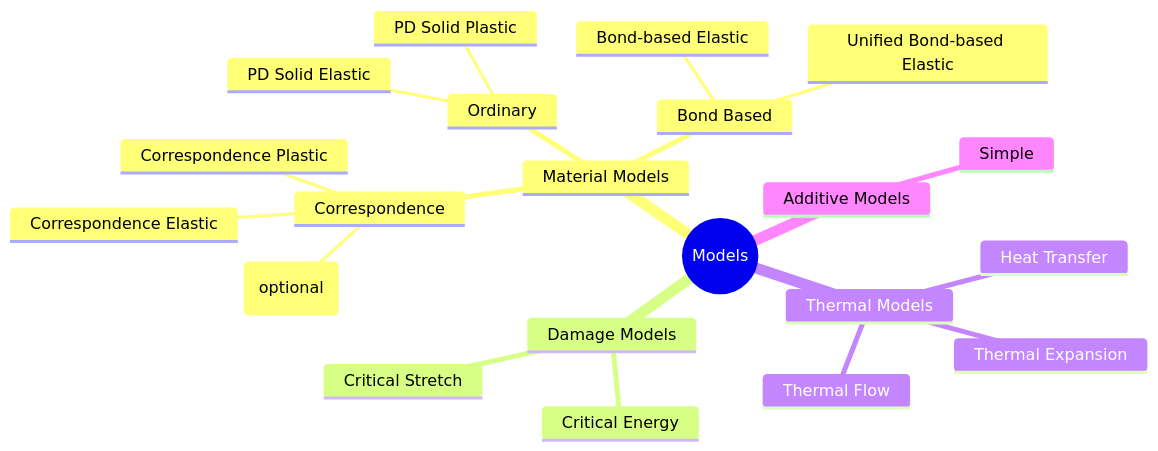
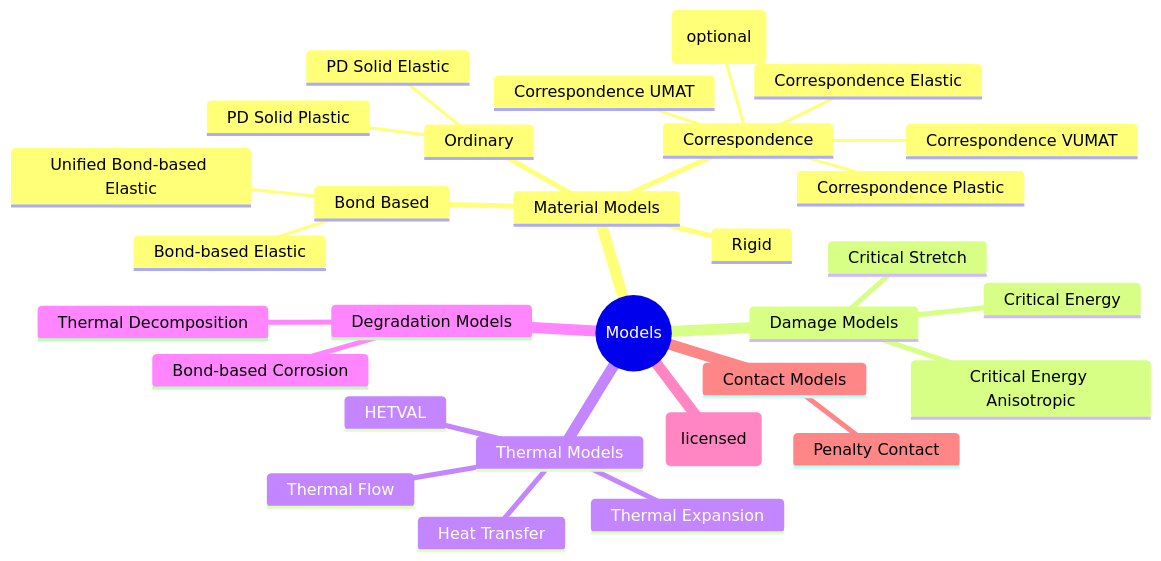
One commit to PeriHub/PeriLab.jl changed the diagram in docs/src/man/models/overview.md. Above: the diagram before and after it, drawn with Mermaid. The commit also changed other lines of this file and 29 other files, not shown here.

````diff
--- a/docs/src/man/models/overview.md
+++ b/docs/src/man/models/overview.md
@@ -3,24 +3,33 @@
 ```mermaid
 mindmap
   root((Models))
     Material Models
       Bond Based
         Bond-based Elastic
         Unified Bond-based Elastic
       Ordinary
         PD Solid Elastic
         PD Solid Plastic
       Correspondence
         Correspondence Elastic
         Correspondence Plastic
+        Correspondence UMAT
+        Correspondence VUMAT
         Bond-associated (optional)
+      Rigid
     Damage Models
       Critical Stretch
       Critical Energy
+      Critical Energy Anisotropic
     Thermal Models
       Thermal Expansion
       Thermal Flow
       Heat Transfer
-    Additive Models
-        Simple
+      HETVAL
+    Degradation Models
+      Bond-based Corrosion
+      Thermal Decomposition
+    Additive Models (licensed)
+    Contact Models
+      Penalty Contact
 ```
````
